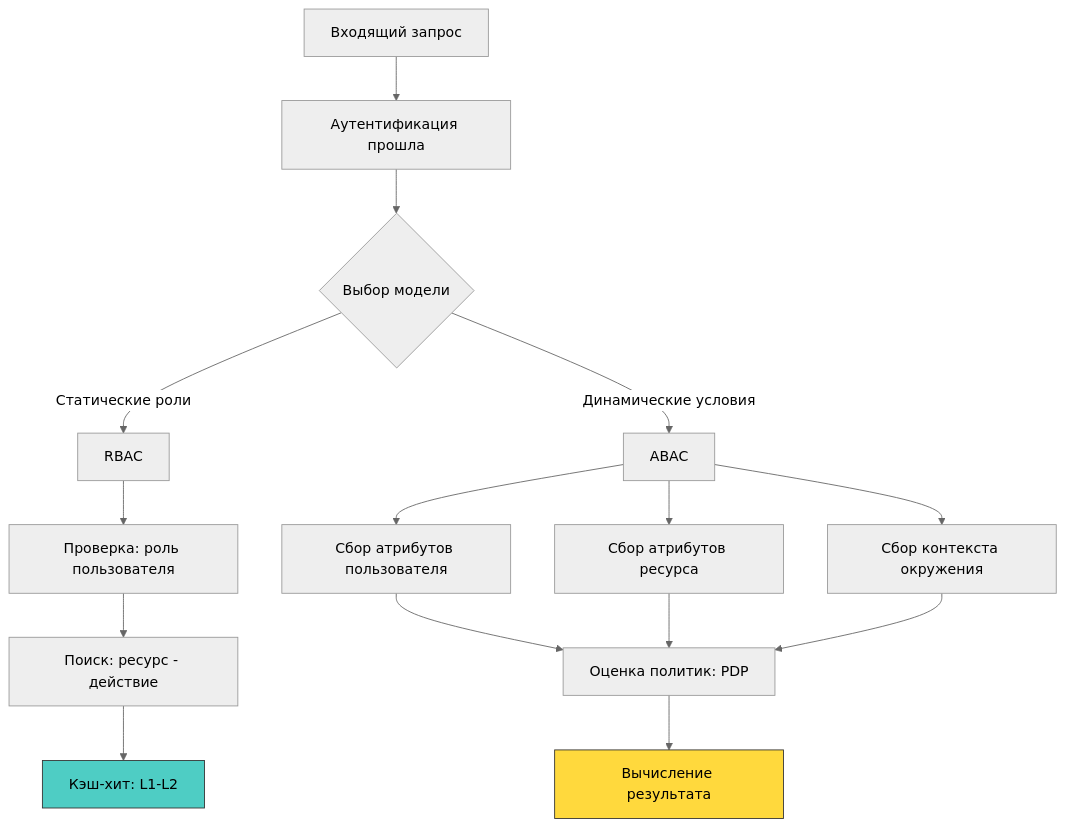
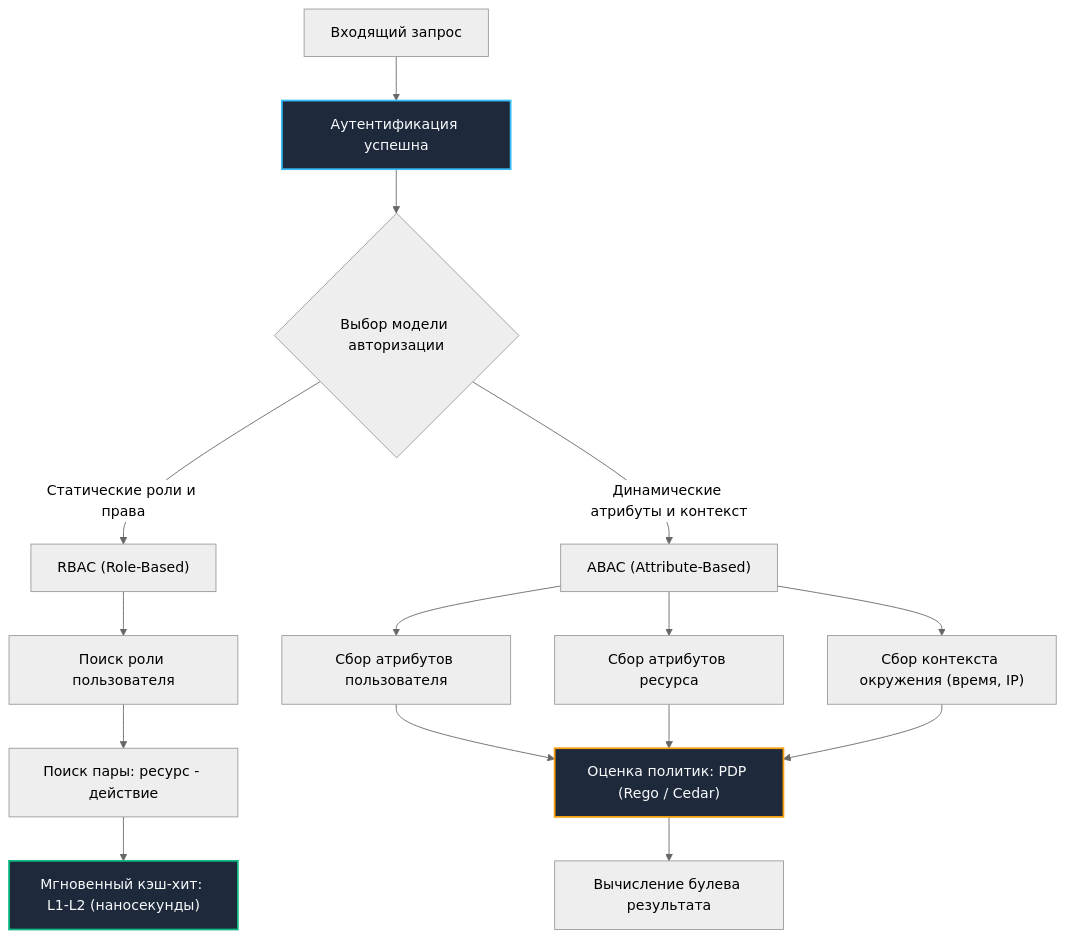
One commit to UnrealTemplier/go-textbook changed the diagram in sources/17. Безопасность (AppSec в Go)/02. Аутентификация и авторизация/6. RBAC, ABAC модели.md. Above: the diagram before and after it, drawn with Mermaid (neutral theme). The commit also changed other lines of this file, not shown here.

Commit message:
feat(module-17): editorial rewrite of 02.6 RBAC and ABAC in Kernighan style

````diff
--- a/sources/17. Безопасность (AppSec в Go)/02. Аутентификация и авторизация/6. RBAC, ABAC модели.md
+++ b/sources/17. Безопасность (AppSec в Go)/02. Аутентификация и авторизация/6. RBAC, ABAC модели.md
@@ -5,22 +18,24 @@
 ```mermaid
 flowchart TD
-    A["Входящий запрос"] --> B["Аутентификация прошла"]
-    B --> C{"Выбор модели"}
-    C -->|"Статические роли"| D["RBAC"]
-    C -->|"Динамические условия"| E["ABAC"]
+    Req["Входящий запрос"] --> Auth["Аутентификация успешна"]
+    Auth --> ModelDecision{"Выбор модели авторизации"}
     
-    D --> F["Проверка: роль пользователя"]
-    F --> G["Поиск: ресурс - действие"]
-    G --> H["Кэш-хит: L1-L2"]
+    ModelDecision -->|"Статические роли и права"| RBAC["RBAC (Role-Based)"]
+    ModelDecision -->|"Динамические атрибуты и контекст"| ABAC["ABAC (Attribute-Based)"]
     
-    E --> I["Сбор атрибутов пользователя"]
-    E --> J["Сбор атрибутов ресурса"]
-    E --> K["Сбор контекста окружения"]
-    I --> L["Оценка политик: PDP"]
-    J --> L
-    K --> L
-    L --> M["Вычисление результата"]
+    RBAC --> R1["Поиск роли пользователя"]
+    R1 --> R2["Поиск пары: ресурс - действие"]
+    R2 --> R3["Мгновенный кэш-хит: L1-L2 (наносекунды)"]
     
-    style H fill:#4ecdc4,stroke:#333
-    style M fill:#ffd93d,stroke:#333
+    ABAC --> A1["Сбор атрибутов пользователя"]
+    ABAC --> A2["Сбор атрибутов ресурса"]
+    ABAC --> A3["Сбор контекста окружения (время, IP)"]
+    A1 --> PDP["Оценка политик: PDP (Rego / Cedar)"]
+    A2 --> PDP
+    A3 --> PDP
+    PDP --> A4["Вычисление булева результата"]
+
+    style Auth fill:#1e293b,stroke:#38bdf8,stroke-width:2px,color:#f8fafc
+    style R3 fill:#1e293b,stroke:#10b981,stroke-width:2px,color:#f8fafc
+    style PDP fill:#1e293b,stroke:#f59e0b,stroke-width:2px,color:#f8fafc
 ```
````
